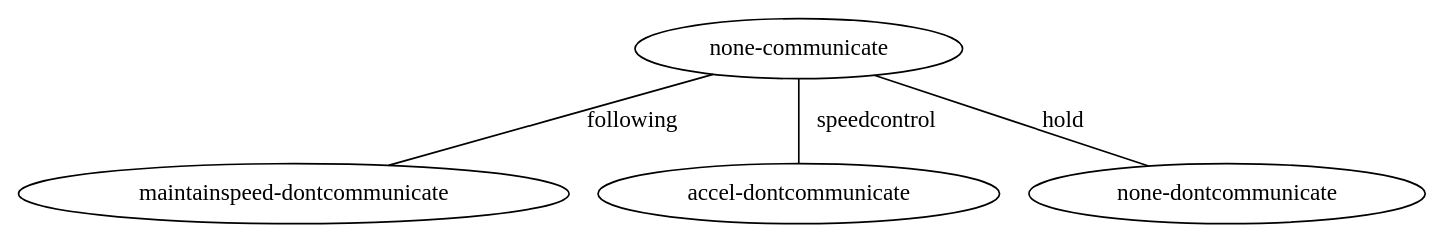
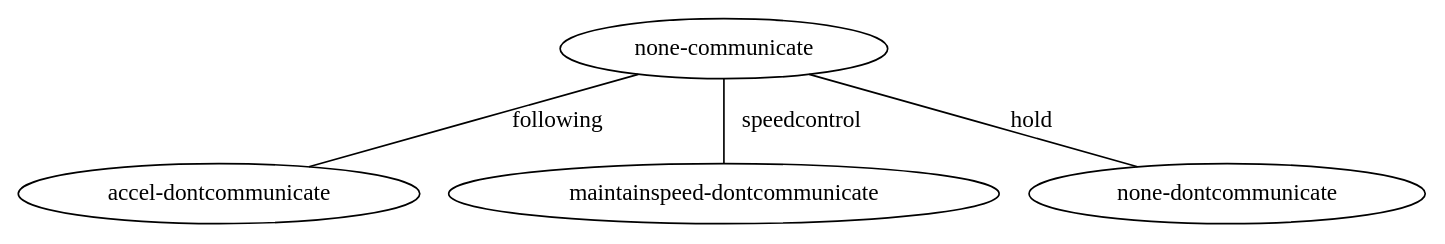
Before and after one commit to AlyssaLytle/DecPOMDP_Suite: the diagram in MADPtools/mtree.dot, drawn with Graphviz. The commit also changed 99 other files, not shown here.

```diff
--- a/MADPtools/mtree.dot
+++ b/MADPtools/mtree.dot
@@ -1,10 +1,10 @@
 digraph machine_tree {
 edge [dir=none];
 node0 [ label = "none-communicate" ];
-node1 [ label = "maintainspeed-dontcommunicate" ];
-node2 [ label = "accel-dontcommunicate" ];
+node1 [ label = "accel-dontcommunicate" ];
+node2 [ label = "maintainspeed-dontcommunicate" ];
 node3 [ label = "none-dontcommunicate" ];
 node0 -> node1 [label="following"];
 node0 -> node2 [label="speedcontrol"];
 node0 -> node3 [label="hold"];
 }
```
